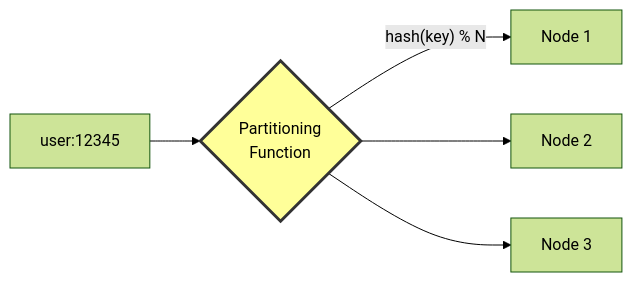
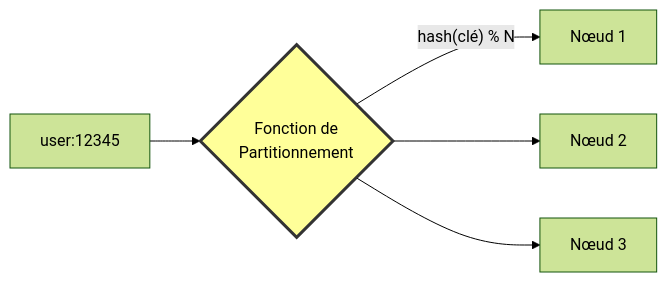
The second of 7 diagrams in src/data-store/01-partitioning.md (dardourimohamed/distributed-systems-course), drawn with Mermaid (forest theme) before and after one commit. The commit also changed other lines of this file and 38 other files, not shown here.

````diff
--- a/src/data-store/01-partitioning.md
+++ b/src/data-store/01-partitioning.md
@@ -51,9 +51,9 @@
 ```mermaid
 graph LR
-    Key["user:12345"] --> Router{Partitioning<br/>Function}
-    Router -->|"hash(key) % N"| N1[Node 1]
-    Router --> N2[Node 2]
-    Router --> N3[Node 3]
+    Key["user:12345"] --> Router{Fonction de<br/>Partitionnement}
+    Router -->|"hash(clé) % N"| N1[Nœud 1]
+    Router --> N2[Nœud 2]
+    Router --> N3[Nœud 3]
 
     style Router fill:#ff9,stroke:#333,stroke-width:3px
 ```
````
